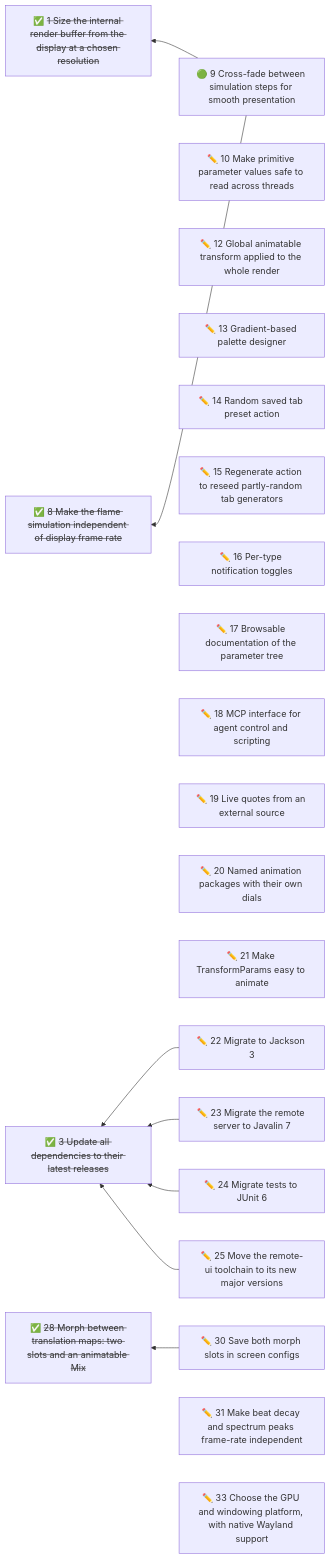
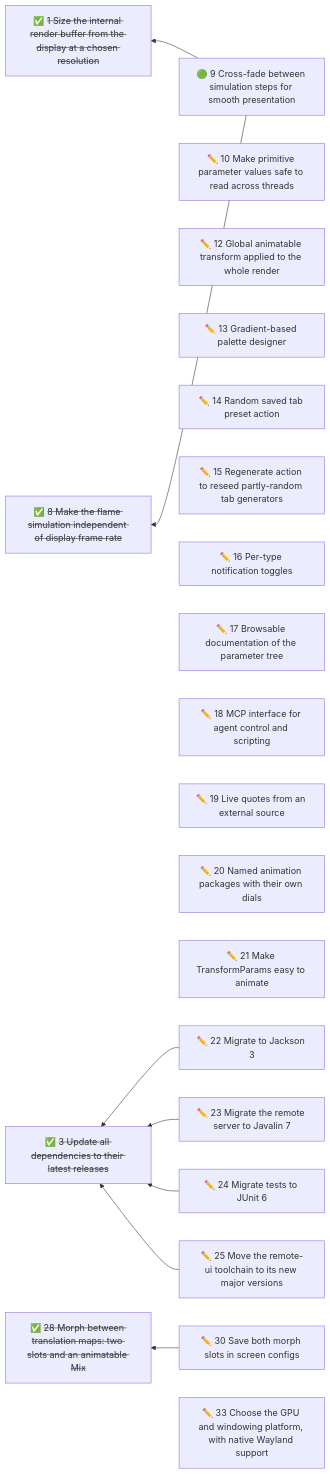
One commit to duckAsteroid/cthugha-reborn changed the diagram in docs/initiatives/README.md. Above: the diagram before and after it, drawn with Mermaid. The commit also changed other lines of this file and 10 other files, not shown here.

First line of the commit message:
fix(app): set the beat fade as a time, the same at any refresh rate

````diff
--- a/docs/initiatives/README.md
+++ b/docs/initiatives/README.md
@@ -52,56 +51,54 @@
 ```mermaid
 flowchart RL
   n9["🟢 9 Cross-fade between simulation steps for smooth presentation"]
   n10["✏️ 10 Make primitive parameter values safe to read across threads"]
   n12["✏️ 12 Global animatable transform applied to the whole render"]
   n13["✏️ 13 Gradient-based palette designer"]
   n14["✏️ 14 Random saved tab preset action"]
   n15["✏️ 15 Regenerate action to reseed partly-random tab generators"]
   n16["✏️ 16 Per-type notification toggles"]
   n17["✏️ 17 Browsable documentation of the parameter tree"]
   n18["✏️ 18 MCP interface for agent control and scripting"]
   n19["✏️ 19 Live quotes from an external source"]
   n20["✏️ 20 Named animation packages with their own dials"]
   n21["✏️ 21 Make TransformParams easy to animate"]
   n22["✏️ 22 Migrate to Jackson 3"]
   n23["✏️ 23 Migrate the remote server to Javalin 7"]
   n24["✏️ 24 Migrate tests to JUnit 6"]
   n25["✏️ 25 Move the remote-ui toolchain to its new major versions"]
   n30["✏️ 30 Save both morph slots in screen configs"]
-  n31["✏️ 31 Make beat decay and spectrum peaks frame-rate independent"]
   n33["✏️ 33 Choose the GPU and windowing platform, with native Wayland support"]
   n1["✅ <s>1 Size the internal render buffer from the display at a chosen resolution</s>"]
   n8["✅ <s>8 Make the flame simulation independent of display frame rate</s>"]
   n3["✅ <s>3 Update all dependencies to their latest releases</s>"]
   n28["✅ <s>28 Morph between translation maps: two slots and an animatable Mix</s>"]
   n9 --> n1
   n9 --> n8
   n22 --> n3
   n23 --> n3
   n24 --> n3
   n25 --> n3
   n30 --> n28
   click n9 href "09-decouple-simulation-from-display-with-interpolated-presentat.md"
   click n10 href "10-make-primitive-parameter-values-safe-to-read-across-threads.md"
   click n12 href "12-global-animatable-transform-applied-to-the-whole-render.md"
   click n13 href "13-gradient-based-palette-designer.md"
   click n14 href "14-random-saved-tab-preset-action.md"
   click n15 href "15-regenerate-action-to-reseed-partly-random-tab-generators.md"
   click n16 href "16-per-type-notification-toggles.md"
   click n17 href "17-browsable-documentation-of-the-parameter-tree.md"
   click n18 href "18-mcp-interface-for-agent-control-and-scripting.md"
   click n19 href "19-live-quotes-from-an-external-source.md"
   click n20 href "20-named-animation-packages-with-their-own-dials.md"
   click n21 href "21-make-transformparams-easy-to-animate.md"
   click n22 href "22-migrate-to-jackson-3.md"
   click n23 href "23-migrate-the-remote-server-to-javalin-7.md"
   click n24 href "24-migrate-tests-to-junit-6.md"
   click n25 href "25-move-the-remote-ui-toolchain-to-its-new-major-versions.md"
   click n30 href "30-save-both-morph-slots-in-screen-configs.md"
-  click n31 href "31-make-beat-decay-and-spectrum-peaks-frame-rate-independent.md"
   click n33 href "33-choose-the-gpu-and-windowing-platform-with-native-wayland-su.md"
   click n1 href "01-cap-the-internal-render-resolution-at-high-window-sizes.md"
   click n8 href "08-make-the-flame-simulation-independent-of-display-frame-rate.md"
   click n3 href "03-update-all-dependencies-to-their-latest-releases.md"
   click n28 href "28-blend-between-two-translation-maps-over-time.md"
 ```
````
